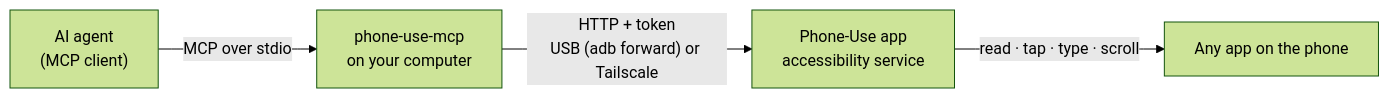
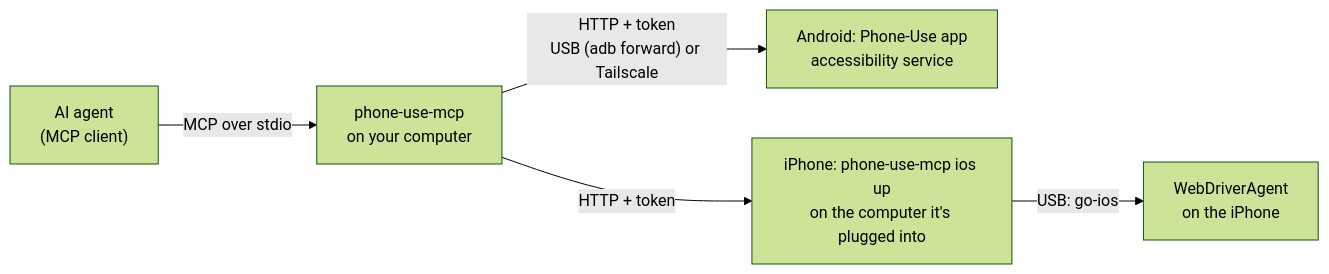
The diagram in README.md (luckeyfaraday/phone-use), drawn with Mermaid (forest theme) before and after one commit. The commit also changed other lines of this file and 22 other files, not shown here.

````diff
--- a/README.md
+++ b/README.md
@@ -21,6 +22,7 @@
 ```mermaid
 flowchart LR
     agent["AI agent<br/>(MCP client)"] -- "MCP over stdio" --> cli["phone-use-mcp<br/>on your computer"]
-    cli -- "HTTP + token<br/>USB (adb forward) or Tailscale" --> app["Phone-Use app<br/>accessibility service"]
-    app -- "read · tap · type · scroll" --> apps["Any app on the phone"]
+    cli -- "HTTP + token<br/>USB (adb forward) or Tailscale" --> app["Android: Phone-Use app<br/>accessibility service"]
+    cli -- "HTTP + token" --> host["iPhone: phone-use-mcp ios up<br/>on the computer it's plugged into"]
+    host -- "USB: go-ios" --> wda["WebDriverAgent<br/>on the iPhone"]
 ```
````
